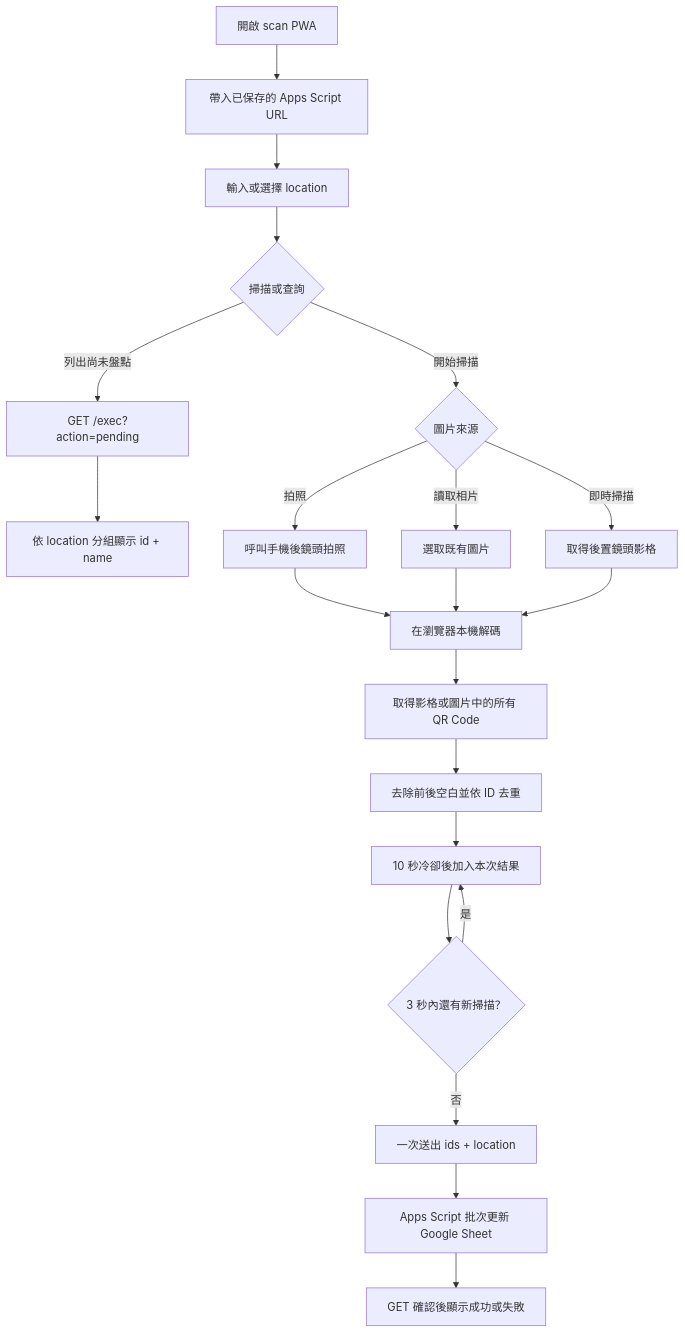
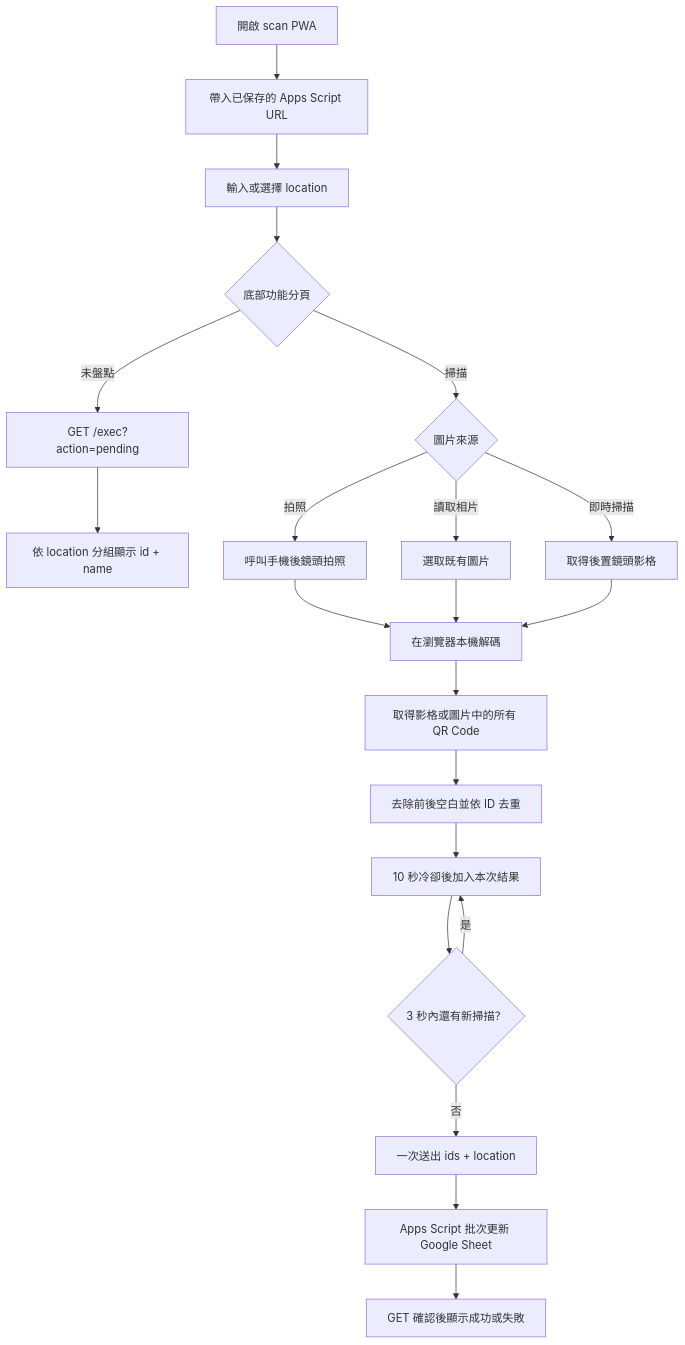
One commit to pulipulichen/Mobile-Inventory-Scanner changed the fifth of 5 diagrams in docs/architecture.md. Above: the diagram before and after it, drawn with Mermaid. The commit also changed 12 other files, not shown here.

````diff
--- a/docs/architecture.md
+++ b/docs/architecture.md
@@ -266,23 +266,23 @@
 ```mermaid
 flowchart TB
     A["開啟 scan PWA"] --> B["帶入已保存的 Apps Script URL"]
     B --> C["輸入或選擇 location"]
-    C --> D{"掃描或查詢"}
-    D -->|"列出尚未盤點"| E["GET /exec?action=pending"]
+    C --> D{"底部功能分頁"}
+    D -->|"未盤點"| E["GET /exec?action=pending"]
     E --> F["依 location 分組顯示 id + name"]
-    D -->|"開始掃描"| G{"圖片來源"}
+    D -->|"掃描"| G{"圖片來源"}
     G -->|"拍照"| H["呼叫手機後鏡頭拍照"]
     G -->|"讀取相片"| I["選取既有圖片"]
     G -->|"即時掃描"| J["取得後置鏡頭影格"]
     H --> K["在瀏覽器本機解碼"]
     I --> K
     J --> K
     K --> L["取得影格或圖片中的所有 QR Code"]
     L --> M["去除前後空白並依 ID 去重"]
     M --> N["10 秒冷卻後加入本次結果"]
     N --> O{"3 秒內還有新掃描？"}
     O -->|"是"| N
     O -->|"否"| P["一次送出 ids + location"]
     P --> Q["Apps Script 批次更新 Google Sheet"]
     Q --> R["GET 確認後顯示成功或失敗"]
 ```
````
